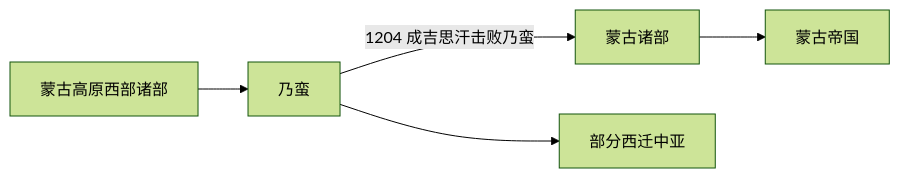
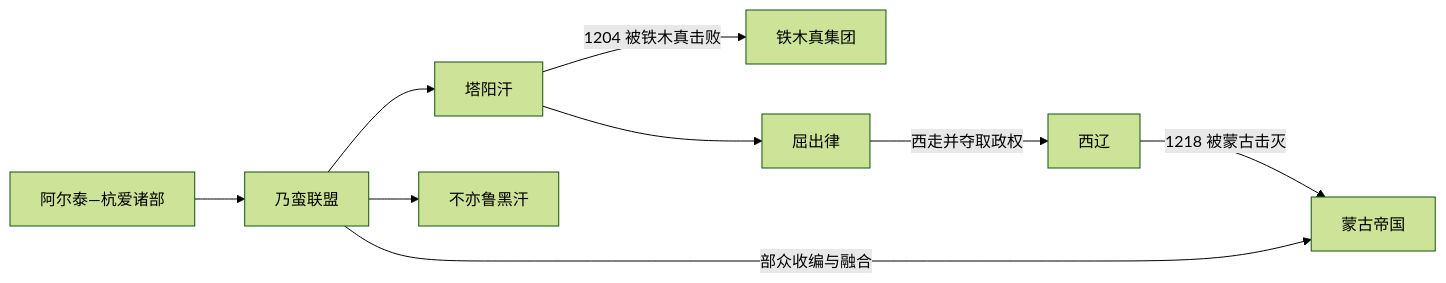
The diagram in 人文科学/历史/东亚/中国/_民族/蒙古语族与东胡/蒙古帝国前诸部/乃蛮.md (tianlan-dev/learning-notes), drawn with Mermaid (forest theme) before and after one commit. The commit also changed other lines of this file and 180 other files, not shown here.

````diff
--- a/人文科学/历史/东亚/中国/_民族/蒙古语族与东胡/蒙古帝国前诸部/乃蛮.md
+++ b/人文科学/历史/东亚/中国/_民族/蒙古语族与东胡/蒙古帝国前诸部/乃蛮.md
@@ -28,7 +17,11 @@
 ```mermaid
 flowchart LR
-  WestSteppe["蒙古高原西部诸部"] --> Naiman["乃蛮"]
-  Naiman -->|1204 成吉思汗击败乃蛮| Mongol["蒙古诸部"]
-  Naiman --> CentralAsia["部分西迁中亚"]
-  Mongol --> MongolEmpire["蒙古帝国"]
+  WestSteppe["阿尔泰—杭爱诸部"] --> Naiman["乃蛮联盟"]
+  Naiman --> Tayang["塔阳汗"]
+  Naiman --> Buyruq["不亦鲁黑汗"]
+  Tayang -->|"1204 被铁木真击败"| Temujin["铁木真集团"]
+  Naiman -->|"部众收编与融合"| Empire["蒙古帝国"]
+  Tayang --> Kuchlug["屈出律"]
+  Kuchlug -->|"西走并夺取政权"| QaraKhitai["西辽"]
+  QaraKhitai -->|"1218 被蒙古击灭"| Empire
 ```
````
